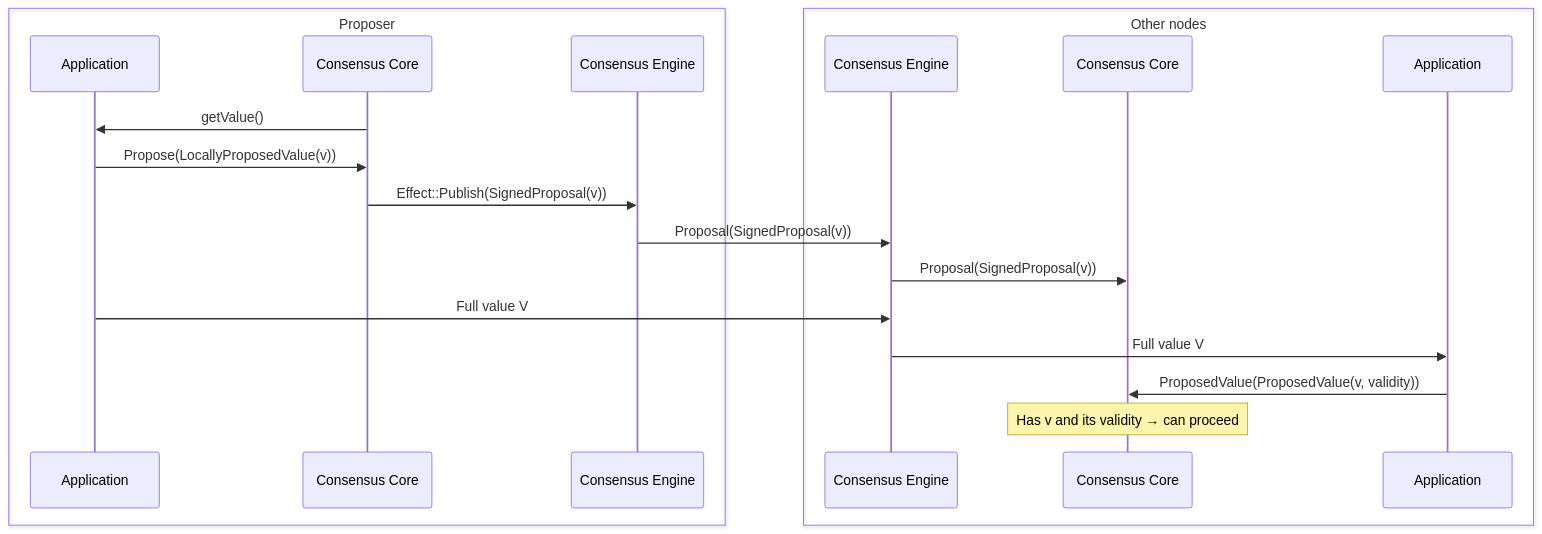
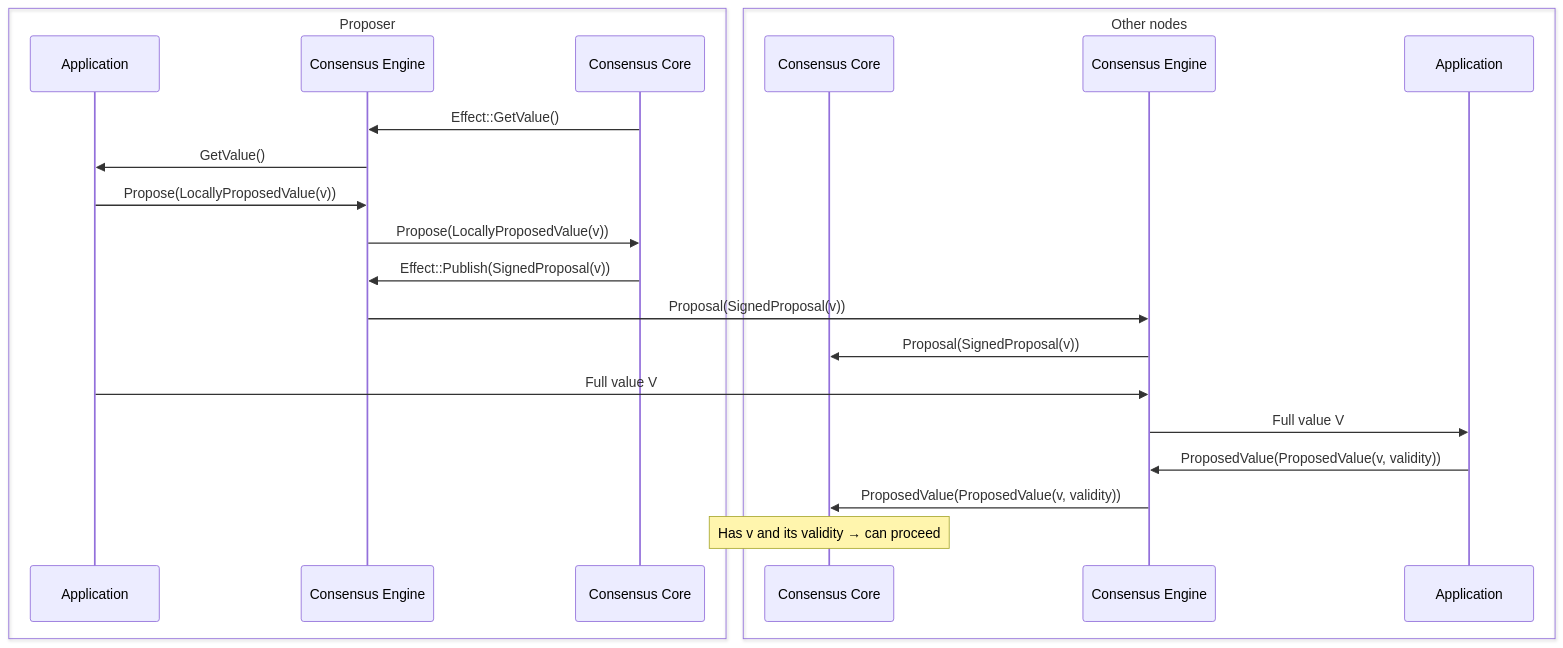
One commit to circlefin/malachite changed the second of 3 diagrams in docs/architecture/adr-003-values-propagation.md. Above: the diagram before and after it, drawn with Mermaid. The commit also changed other lines of this file, not shown here.

Commit message:
Correct diagrams

````diff
--- a/docs/architecture/adr-003-values-propagation.md
+++ b/docs/architecture/adr-003-values-propagation.md
@@ -180,26 +181,30 @@
 ```mermaid
 sequenceDiagram
     box Proposer
       participant A1 as Application
+      participant E1 as Consensus Engine
       participant C1 as Consensus Core
-      participant E1 as Consensus Engine
     end
     
     box Other nodes
+      participant C2 as Consensus Core
       participant E2 as Consensus Engine
-      participant C2 as Consensus Core
       participant A2 as Application
     end
 
-    C1->>A1: getValue()
-    A1->>C1: Propose(LocallyProposedValue(v))
+    C1->>E1: Effect::GetValue()
+    E1->>A1: GetValue()
+
+    A1->>E1: Propose(LocallyProposedValue(v))
+    E1->>C1: Propose(LocallyProposedValue(v))
     C1->>E1: Effect::Publish(SignedProposal(v))
     E1->>E2: Proposal(SignedProposal(v))
 
     E2->>C2: Proposal(SignedProposal(v))
     A1->>E2: Full value V
     E2->>A2: Full value V
-    A2->>C2: ProposedValue(ProposedValue(v, validity))
+    A2->>E2: ProposedValue(ProposedValue(v, validity))
+    E2->>C2: ProposedValue(ProposedValue(v, validity))
 
     Note over C2: Has v and its validity → can proceed
 ```
````
